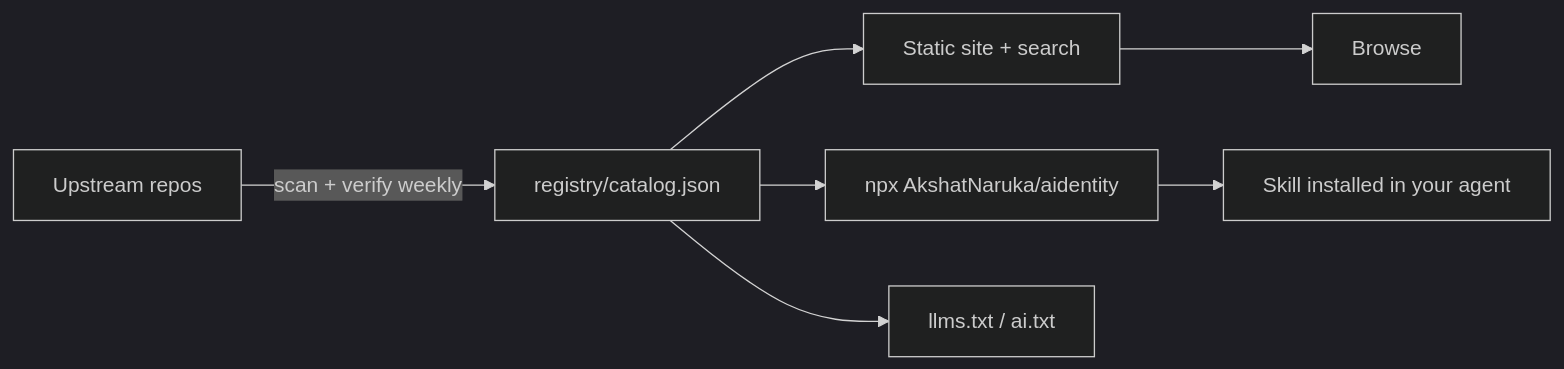
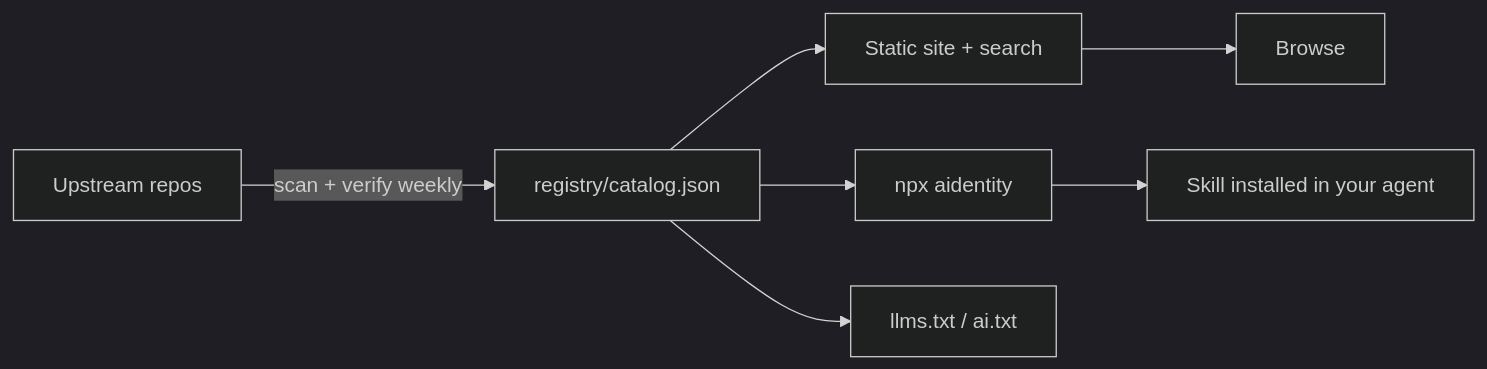
One commit to AkshatNaruka/aidentity changed the diagram in README.md. Above: the diagram before and after it, drawn with Mermaid (dark theme). The commit also changed other lines of this file and 11 other files, not shown here.

First line of the commit message:
docs: switch to the published npx aidentity package

````diff
--- a/README.md
+++ b/README.md
@@ -172,9 +168,9 @@
 ```mermaid
 flowchart LR
   A[Upstream repos] -->|scan + verify weekly| B[registry/catalog.json]
   B --> C[Static site + search]
-  B --> D[npx AkshatNaruka/aidentity]
+  B --> D[npx aidentity]
   B --> E[llms.txt / ai.txt]
   C --> F[Browse]
   D --> G[Skill installed in your agent]
 ```
````
